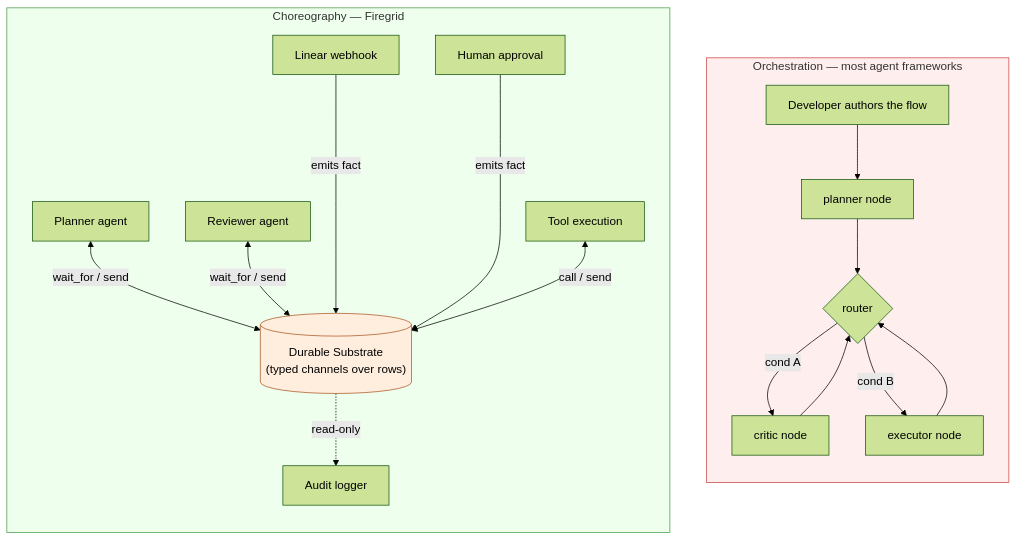
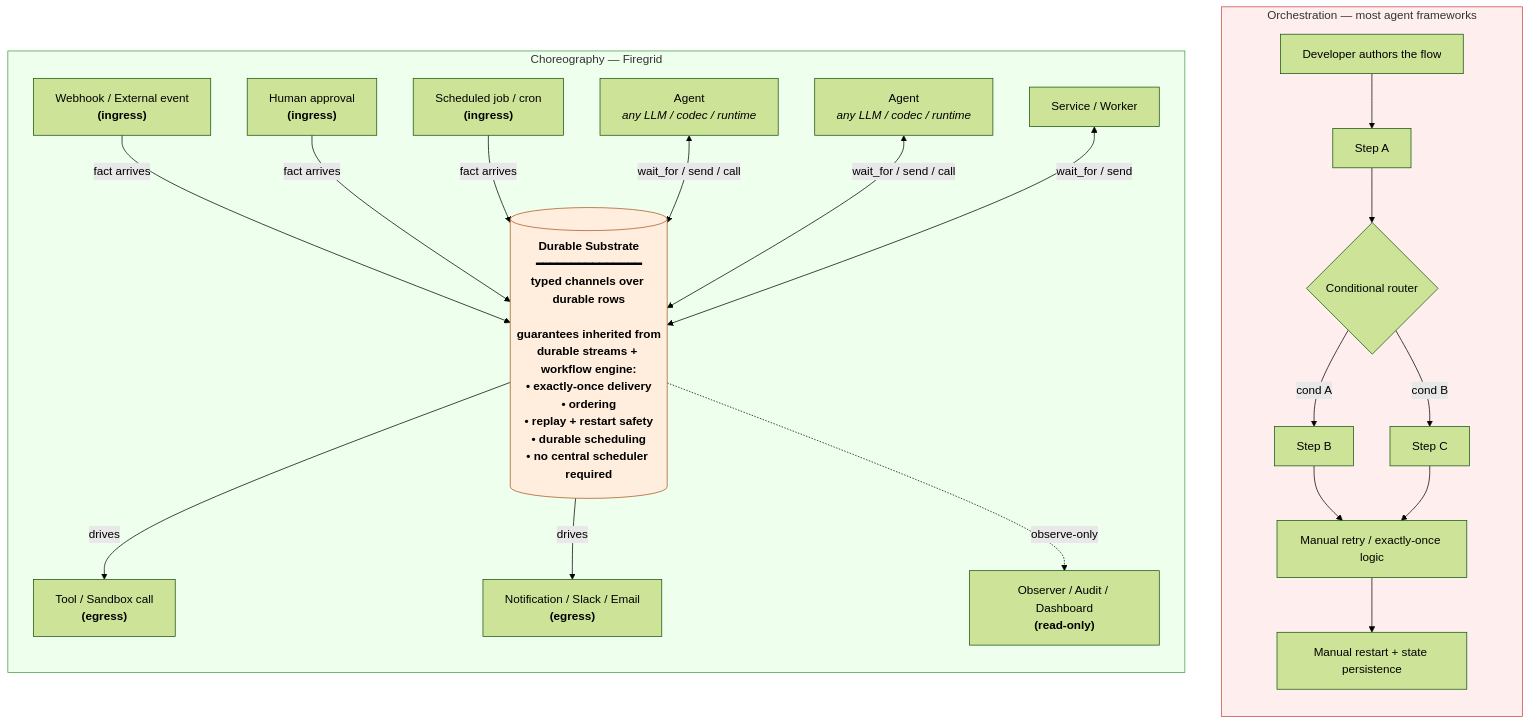
One commit to gurdasnijor/firegrid changed the first of 2 diagrams in README.md. Above: the diagram before and after it, drawn with Mermaid (forest theme). The commit also changed other lines of this file, not shown here.

First line of the commit message:
docs(readme): generalize the Two Categories diagram + sell agent-agnosticism

````diff
--- a/README.md
+++ b/README.md
@@ -24,40 +24,52 @@
 ```mermaid
 flowchart TB
   subgraph Orchestration["Orchestration — most agent frameworks"]
     direction TB
     O0[Developer authors the flow]
-    O1[planner node]
-    O2{router}
-    O3[critic node]
-    O4[executor node]
+    O1[Step A]
+    O2{Conditional router}
+    O3[Step B]
+    O4[Step C]
+    O5[Manual retry / exactly-once logic]
+    O6[Manual restart + state persistence]
     O0 --> O1 --> O2
     O2 -->|cond A| O3
     O2 -->|cond B| O4
-    O3 --> O2
-    O4 --> O2
+    O3 --> O5
+    O4 --> O5
+    O5 --> O6
   end
 
   subgraph Choreography["Choreography — Firegrid"]
     direction TB
-    S[("Durable Substrate<br/>(typed channels over rows)")]
-    P1[Planner agent]
-    P2[Reviewer agent]
-    P3[Linear webhook]
-    P4[Human approval]
-    P5[Tool execution]
-    P6[Audit logger]
-    P1 <-->|wait_for / send| S
-    P2 <-->|wait_for / send| S
-    P3 ---->|emits fact| S
-    P4 ---->|emits fact| S
-    P5 <-->|call / send| S
-    S -.->|read-only| P6
+    S[("Durable Substrate<br/>━━━━━━━━━━━━━━━<br/>typed channels over durable rows<br/><br/>guarantees inherited from<br/>durable streams + workflow engine:<br/>• exactly-once delivery<br/>• ordering<br/>• replay + restart safety<br/>• durable scheduling<br/>• no central scheduler required")]
+
+    A1["Agent<br/><i>any LLM / codec / runtime</i>"]
+    A2["Agent<br/><i>any LLM / codec / runtime</i>"]
+    Sv["Service / Worker"]
+
+    W["Webhook / External event<br/><b>(ingress)</b>"]
+    H["Human approval<br/><b>(ingress)</b>"]
+    Sched["Scheduled job / cron<br/><b>(ingress)</b>"]
+    T["Tool / Sandbox call<br/><b>(egress)</b>"]
+    N["Notification / Slack / Email<br/><b>(egress)</b>"]
+    Obs["Observer / Audit / Dashboard<br/><b>(read-only)</b>"]
+
+    W -->|fact arrives| S
+    H -->|fact arrives| S
+    Sched -->|fact arrives| S
+    A1 <-->|wait_for / send / call| S
+    A2 <-->|wait_for / send / call| S
+    Sv <-->|wait_for / send| S
+    S -->|drives| T
+    S -->|drives| N
+    S -.->|observe-only| Obs
   end
 
   classDef o fill:#fee,stroke:#c44
   classDef c fill:#efe,stroke:#494
-  classDef sub fill:#fed,stroke:#a52
+  classDef sub fill:#fed,stroke:#a52,font-weight:bold
   class Orchestration o
   class Choreography c
   class S sub
 ```
````
